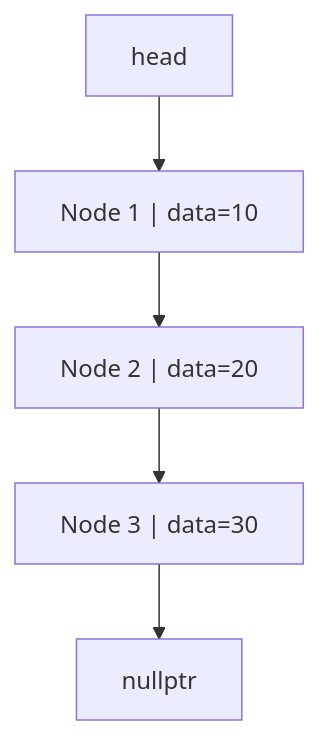
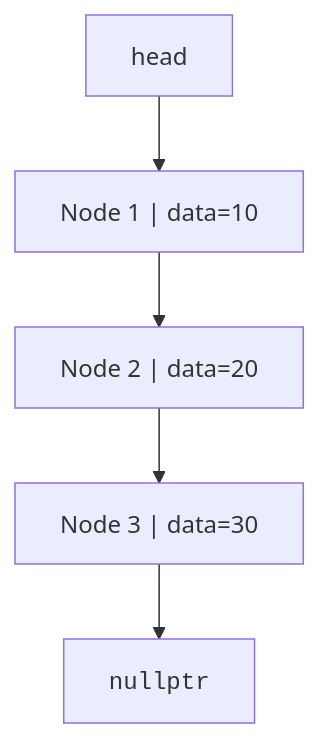
One commit to dataslope/dataslope changed the diagram in content/learn/mastering-dsa-cpp/linked-lists.mdx. Above: the diagram before and after it, drawn with Mermaid. The commit also changed 153 other files, not shown here.

First line of the commit message:
Render code-only mermaid shapes in monospace; convert step sequences to Steps

````diff
--- a/content/learn/mastering-dsa-cpp/linked-lists.mdx
+++ b/content/learn/mastering-dsa-cpp/linked-lists.mdx
@@ -32,7 +32,7 @@
 ```mermaid
 flowchart TD
     H["head"] --> N1["Node 1 | data=10"]
     N1 --> N2["Node 2 | data=20"]
     N2 --> N3["Node 3 | data=30"]
-    N3 --> Z["nullptr"]
+    N3 --> Z["<code>nullptr</code>"]
 ```
````
